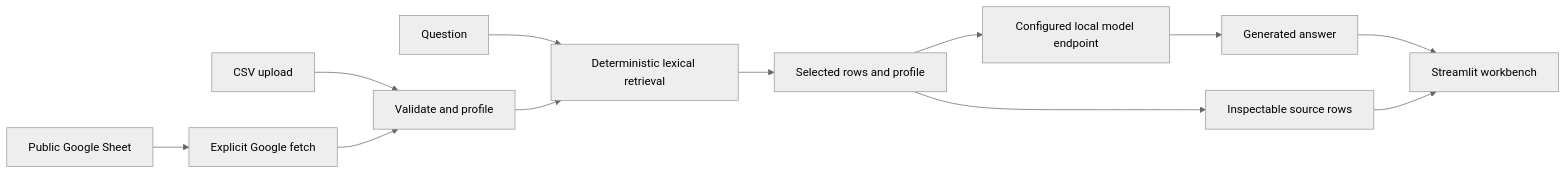
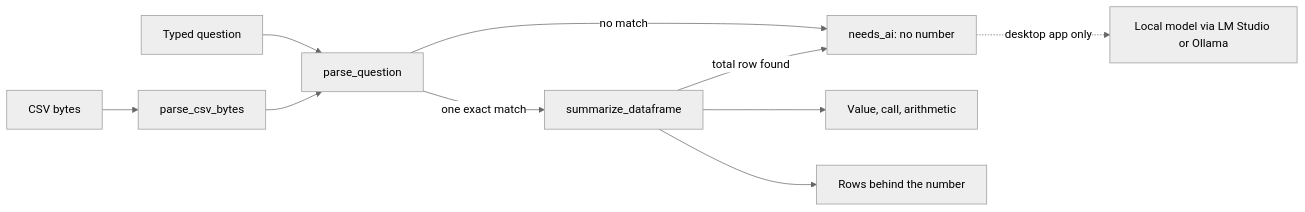
One commit to fortunexbt/docs changed the diagram in architecture/tablebeam.mdx. Above: the diagram before and after it, drawn with Mermaid (neutral theme). The commit also changed other lines of this file and 35 other files, not shown here.

````diff
--- a/architecture/tablebeam.mdx
+++ b/architecture/tablebeam.mdx
@@ -26,14 +31,12 @@
 ```mermaid
 flowchart LR
-  CSV[CSV upload] --> Validate[Validate and profile]
-  Sheet[Public Google Sheet] --> Fetch[Explicit Google fetch]
-  Fetch --> Validate
-  Question[Question] --> Retrieve[Deterministic lexical retrieval]
-  Validate --> Retrieve
-  Retrieve --> Context[Selected rows and profile]
-  Context --> Model[Configured local model endpoint]
-  Model --> Answer[Generated answer]
-  Context --> Sources[Inspectable source rows]
-  Answer --> UI[Streamlit workbench]
-  Sources --> UI
+  CSV[CSV bytes] --> Parse[parse_csv_bytes]
+  Q[Typed question] --> Match[parse_question]
+  Parse --> Match
+  Match -->|one exact match| Calc[summarize_dataframe]
+  Match -->|no match| Refuse[needs_ai: no number]
+  Calc -->|total row found| Refuse
+  Calc --> Answer[Value, call, arithmetic]
+  Calc --> Rows[Rows behind the number]
+  Refuse -. desktop app only .-> Model[Local model via LM Studio or Ollama]
 ```
````
